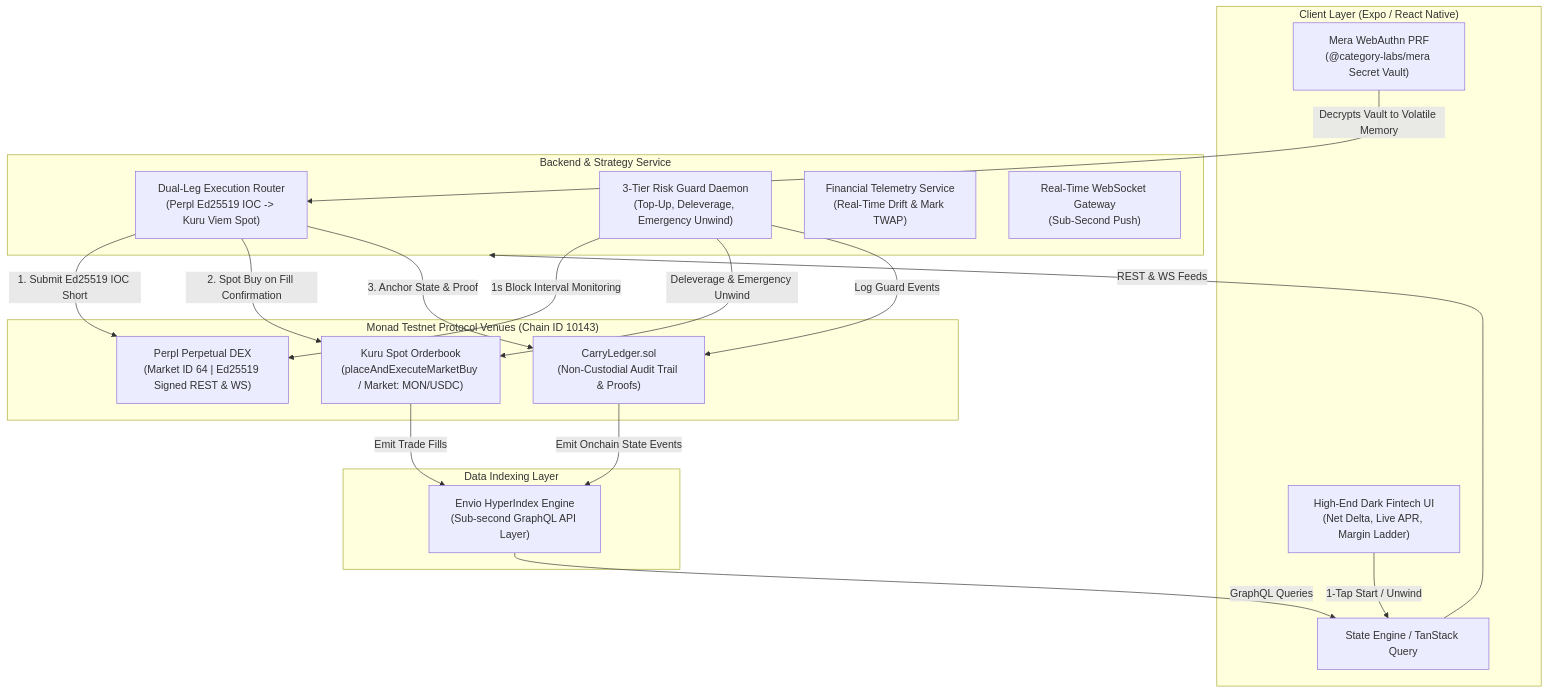
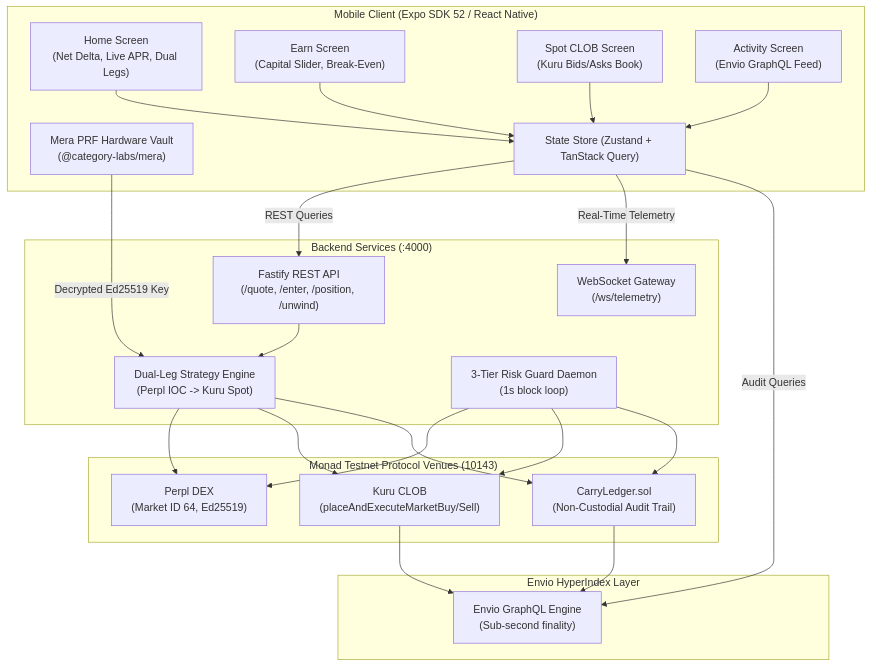
Before and after one commit to HooyarLotfy/CounterYield: the diagram in Docs/implementation_plan.md, drawn with Mermaid. The commit also changed other lines of this file, not shown here.

````diff
--- a/Docs/implementation_plan.md
+++ b/Docs/implementation_plan.md
@@ -13,38 +36,46 @@
 ```mermaid
 graph TD
-    subgraph Client ["Client Layer (Expo / React Native)"]
-        Auth["Mera WebAuthn PRF<br/>(@category-labs/mera Secret Vault)"]
-        UI["High-End Dark Fintech UI<br/>(Net Delta, Live APR, Margin Ladder)"]
-        Store["State Engine / TanStack Query"]
+    subgraph MobileApp ["Mobile Client (Expo SDK 52 / React Native)"]
+        UI_Home["Home Screen<br/>(Net Delta, Live APR, Dual Legs)"]
+        UI_Earn["Earn Screen<br/>(Capital Slider, Break-Even)"]
+        UI_Spot["Spot CLOB Screen<br/>(Kuru Bids/Asks Book)"]
+        UI_Activity["Activity Screen<br/>(Envio GraphQL Feed)"]
+        AuthVault["Mera PRF Hardware Vault<br/>(@category-labs/mera)"]
+        ClientStore["State Store (Zustand + TanStack Query)"]
     end
 
-    subgraph Backend ["Backend & Strategy Service"]
-        Router["Dual-Leg Execution Router<br/>(Perpl Ed25519 IOC -> Kuru Viem Spot)"]
-        RiskGuard["3-Tier Risk Guard Daemon<br/>(Top-Up, Deleverage, Emergency Unwind)"]
-        Telemetry["Financial Telemetry Service<br/>(Real-Time Drift & Mark TWAP)"]
-        WSFeed["Real-Time WebSocket Gateway<br/>(Sub-Second Push)"]
+    subgraph BackendEngine ["Backend Services (:4000)"]
+        APIRouter["Fastify REST API<br/>(/quote, /enter, /position, /unwind)"]
+        WSGateway["WebSocket Gateway<br/>(/ws/telemetry)"]
+        Strategy["Dual-Leg Strategy Engine<br/>(Perpl IOC -> Kuru Spot)"]
+        RiskDaemon["3-Tier Risk Guard Daemon<br/>(1s block loop)"]
     end
 
-    subgraph Venues ["Monad Testnet Protocol Venues (Chain ID 10143)"]
-        PerplDEX["Perpl Perpetual DEX<br/>(Market ID 64 | Ed25519 Signed REST & WS)"]
-        KuruCLOB["Kuru Spot Orderbook<br/>(placeAndExecuteMarketBuy / Market: MON/USDC)"]
-        Ledger["CarryLedger.sol<br/>(Non-Custodial Audit Trail & Proofs)"]
+    subgraph Venues ["Monad Testnet Protocol Venues (10143)"]
+        Perpl["Perpl DEX<br/>(Market ID 64, Ed25519)"]
+        Kuru["Kuru CLOB<br/>(placeAndExecuteMarketBuy/Sell)"]
+        Ledger["CarryLedger.sol<br/>(Non-Custodial Audit Trail)"]
     end
 
-    subgraph Indexer ["Data Indexing Layer"]
-        Envio["Envio HyperIndex Engine<br/>(Sub-second GraphQL API Layer)"]
+    subgraph Indexer ["Envio HyperIndex Layer"]
+        GraphQL["Envio GraphQL Engine<br/>(Sub-second finality)"]
     end
 
-    Auth -->|Decrypts Vault to Volatile Memory| Router
-    UI -->|1-Tap Start / Unwind| Store
-    Store -->|REST & WS Feeds| Backend
-    Router -->|1. Submit Ed25519 IOC Short| PerplDEX
-    Router -->|2. Spot Buy on Fill Confirmation| KuruCLOB
-    Router -->|3. Anchor State & Proof| Ledger
-    RiskGuard -->|1s Block Interval Monitoring| PerplDEX
-    RiskGuard -->|Deleverage & Emergency Unwind| KuruCLOB
-    RiskGuard -->|Log Guard Events| Ledger
-    Ledger -->|Emit Onchain State Events| Envio
-    KuruCLOB -->|Emit Trade Fills| Envio
-    Envio -->|GraphQL Queries| Store
+    AuthVault -->|Decrypted Ed25519 Key| Strategy
+    UI_Home --> ClientStore
+    UI_Earn --> ClientStore
+    UI_Spot --> ClientStore
+    UI_Activity --> ClientStore
+    ClientStore -->|REST Queries| APIRouter
+    ClientStore -->|Real-Time Telemetry| WSGateway
+    ClientStore -->|Audit Queries| GraphQL
+    APIRouter --> Strategy
+    Strategy --> Perpl
+    Strategy --> Kuru
+    Strategy --> Ledger
+    RiskDaemon --> Perpl
+    RiskDaemon --> Kuru
+    RiskDaemon --> Ledger
+    Ledger --> GraphQL
+    Kuru --> GraphQL
 ```
````
